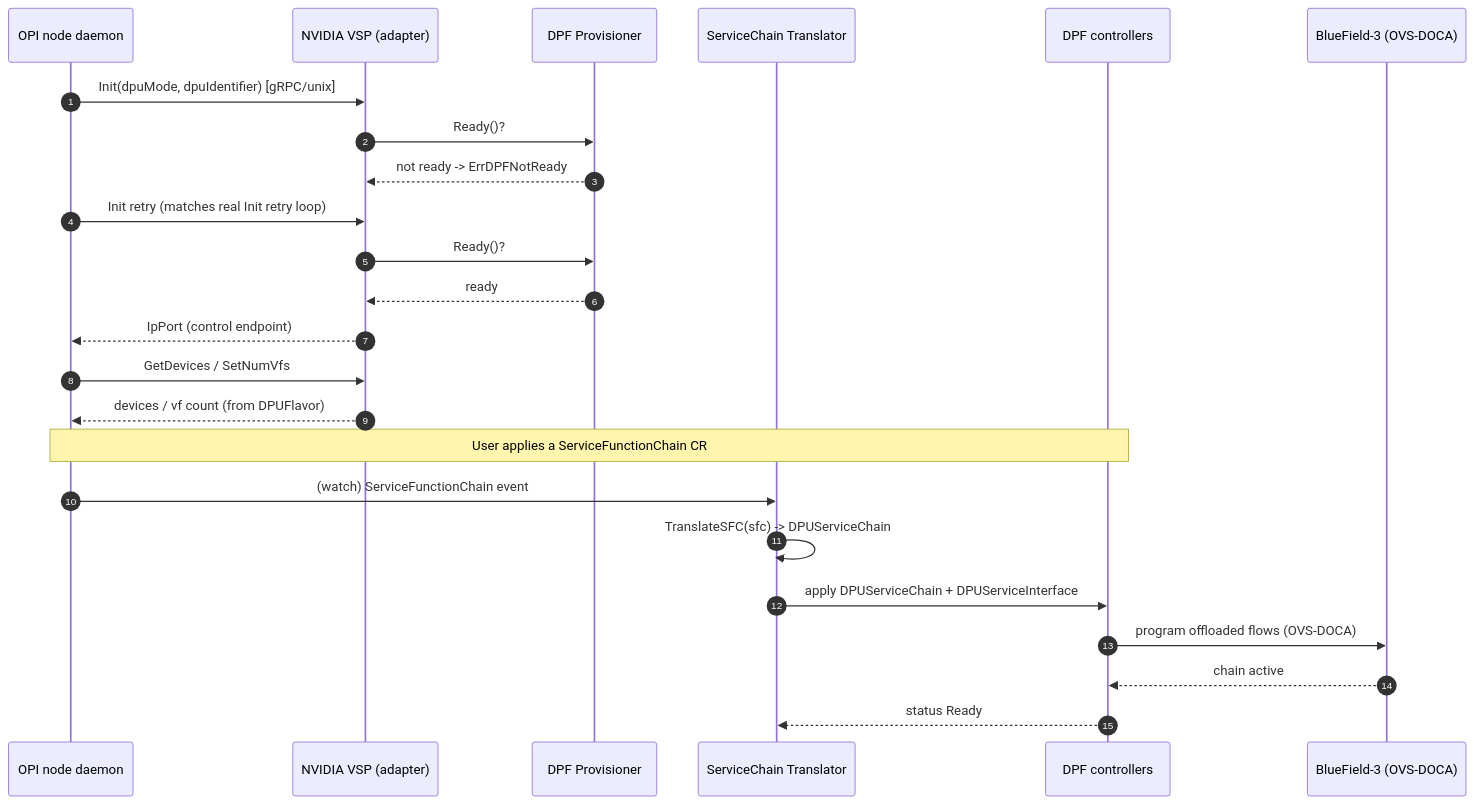
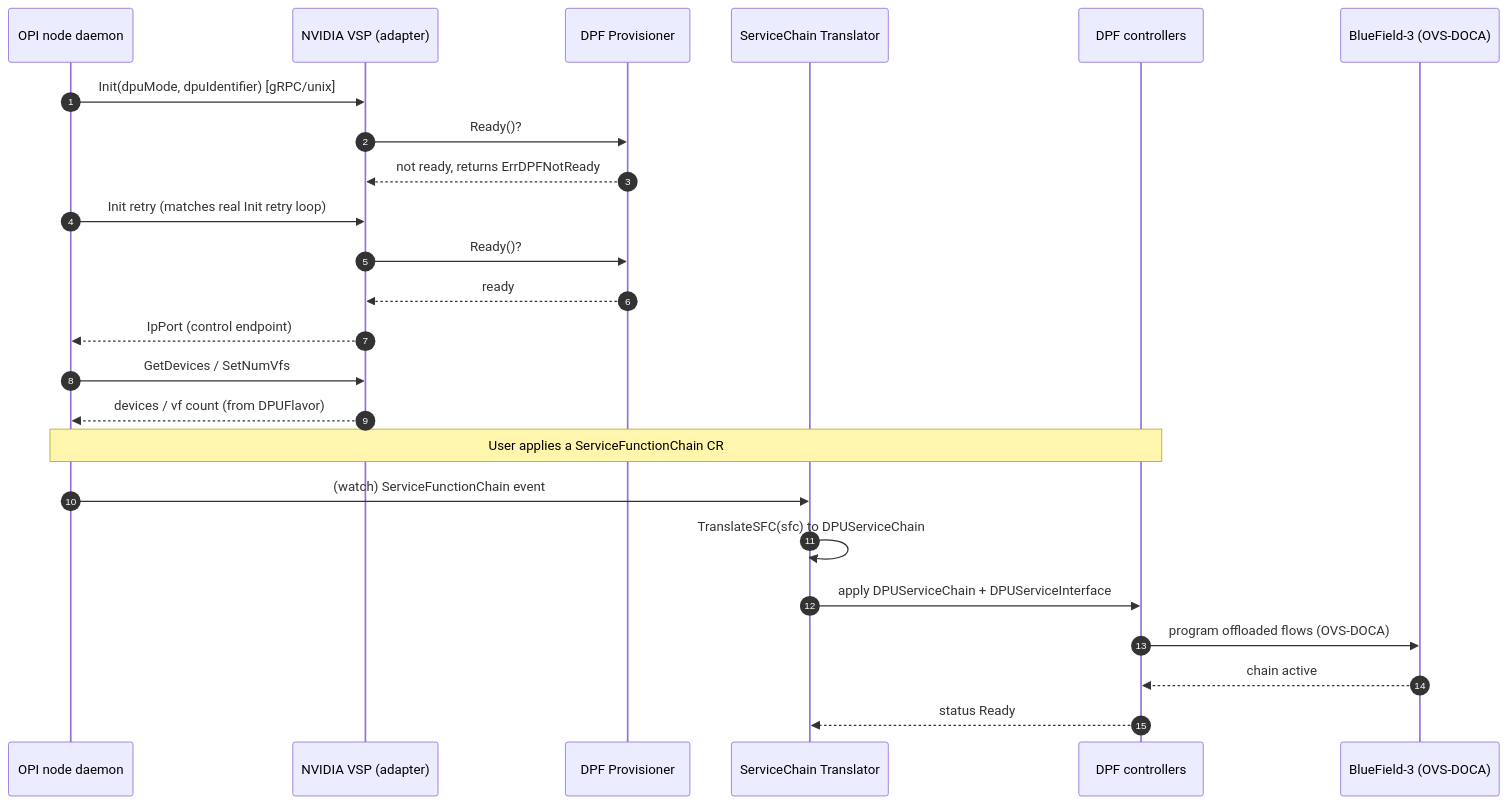
The third of 4 diagrams in architecture_design.md (vickysharma-prog/opi-assignment-1-2026), drawn with Mermaid before and after one commit. The commit also changed other lines of this file, not shown here.

First line of the commit message:
A1: fix Mermaid render errors (GitHub) in the resilience/runtime diagrams

````diff
--- a/architecture_design.md
+++ b/architecture_design.md
@@ -186,29 +186,29 @@
 ```mermaid
 sequenceDiagram
     autonumber
     participant Daemon as OPI node daemon
     participant VSP as NVIDIA VSP (adapter)
     participant Prov as DPF Provisioner
     participant XLAT as ServiceChain Translator
     participant DPF as DPF controllers
     participant BF3 as BlueField-3 (OVS-DOCA)
 
     Daemon->>VSP: Init(dpuMode, dpuIdentifier)  [gRPC/unix]
     VSP->>Prov: Ready()?
-    Prov-->>VSP: not ready -> ErrDPFNotReady
+    Prov-->>VSP: not ready, returns ErrDPFNotReady
     Daemon->>VSP: Init retry (matches real Init retry loop)
     VSP->>Prov: Ready()?
     Prov-->>VSP: ready
     VSP-->>Daemon: IpPort (control endpoint)
 
     Daemon->>VSP: GetDevices / SetNumVfs
     VSP-->>Daemon: devices / vf count (from DPUFlavor)
 
     Note over Daemon,DPF: User applies a ServiceFunctionChain CR
     Daemon->>XLAT: (watch) ServiceFunctionChain event
-    XLAT->>XLAT: TranslateSFC(sfc) -> DPUServiceChain
+    XLAT->>XLAT: TranslateSFC(sfc) to DPUServiceChain
     XLAT->>DPF: apply DPUServiceChain + DPUServiceInterface
     DPF->>BF3: program offloaded flows (OVS-DOCA)
     BF3-->>DPF: chain active
     DPF-->>XLAT: status Ready
 ```
````
